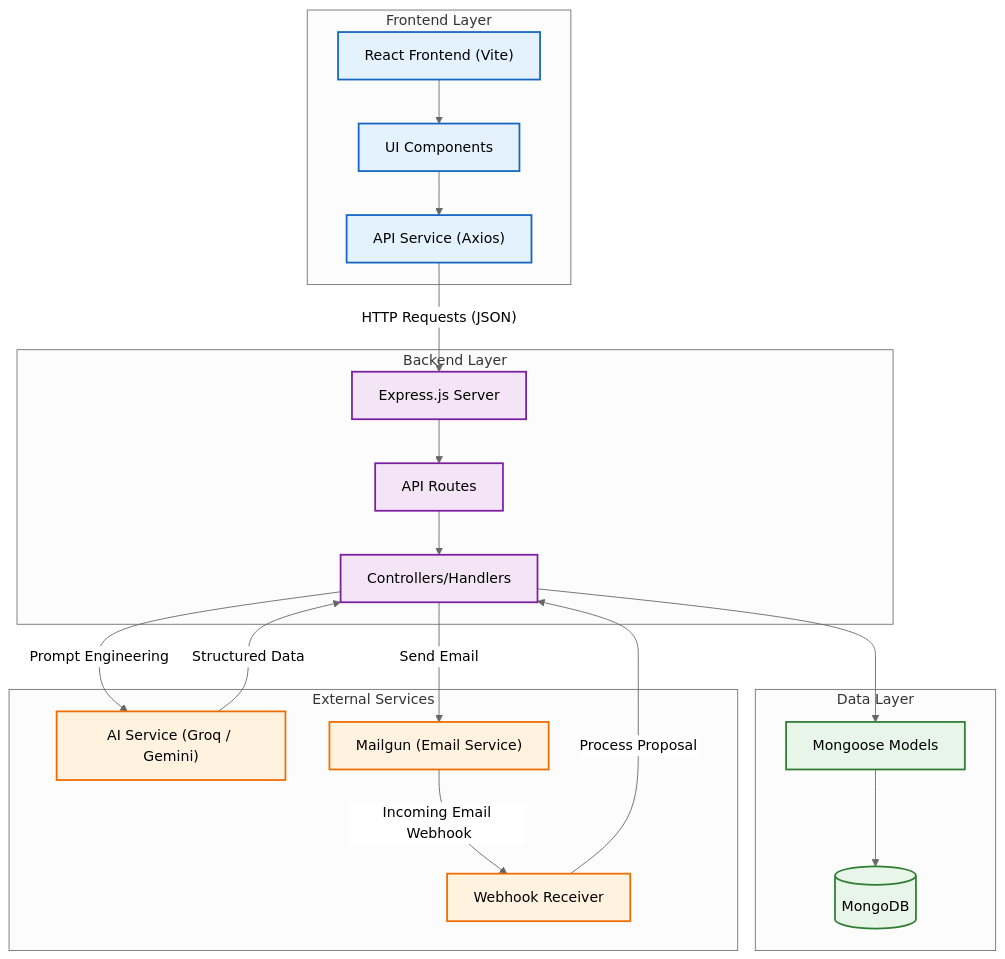
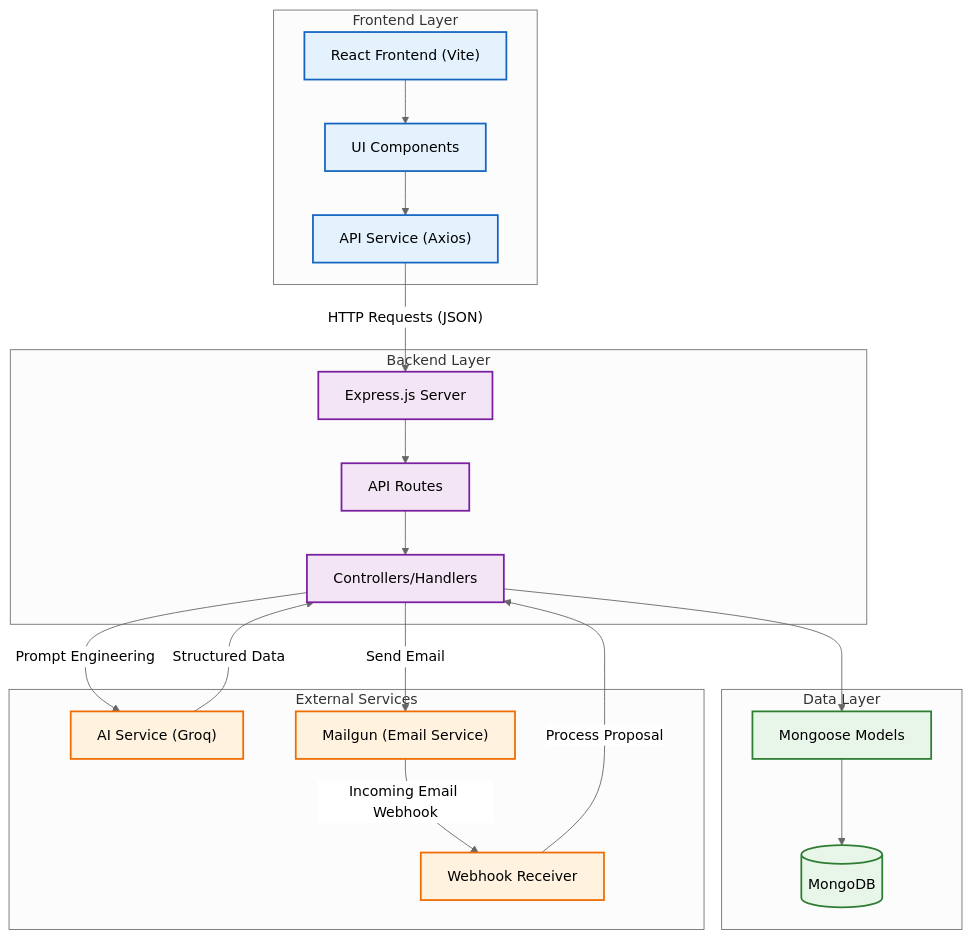
The diagram in ARCHITECTURE.md (c-0de/AI-Powered-RFP-Management-System), drawn with Mermaid (neutral theme) before and after one commit. The commit also changed other lines of this file and 4 other files, not shown here.

````diff
--- a/ARCHITECTURE.md
+++ b/ARCHITECTURE.md
@@ -5,50 +5,50 @@
 ```mermaid
 graph TD
     subgraph "Frontend Layer"
         UI["React Frontend (Vite)"]
         Components["UI Components"]
         Services["API Service (Axios)"]
         UI --> Components
         Components --> Services
     end
 
     subgraph "Backend Layer"
         API["Express.js Server"]
         Router["API Routes"]
         Controllers["Controllers/Handlers"]
         API --> Router
         Router --> Controllers
     end
 
     subgraph "Data Layer"
         DB[("MongoDB")]
         Models["Mongoose Models"]
         Controllers --> Models
         Models --> DB
     end
 
     subgraph "External Services"
-        AI["AI Service (Groq / Gemini)"]
+        AI["AI Service (Groq)"]
         Email["Mailgun (Email Service)"]
         Webhook["Webhook Receiver"]
     end
 
     Services -- "HTTP Requests (JSON)" --> API
     Controllers -- "Prompt Engineering" --> AI
     AI -- "Structured Data" --> Controllers
     
     Controllers -- "Send Email" --> Email
     Email -- "Incoming Email Webhook" --> Webhook
     Webhook -- "Process Proposal" --> Controllers
 
     %% Styling
     classDef frontend fill:#e3f2fd,stroke:#1565c0,stroke-width:2px;
     classDef backend fill:#f3e5f5,stroke:#7b1fa2,stroke-width:2px;
     classDef data fill:#e8f5e9,stroke:#2e7d32,stroke-width:2px;
     classDef external fill:#fff3e0,stroke:#ef6c00,stroke-width:2px;
 
     class UI,Components,Services frontend;
     class API,Router,Controllers backend;
     class DB,Models data;
     class AI,Email,Webhook external;
 ```
````
